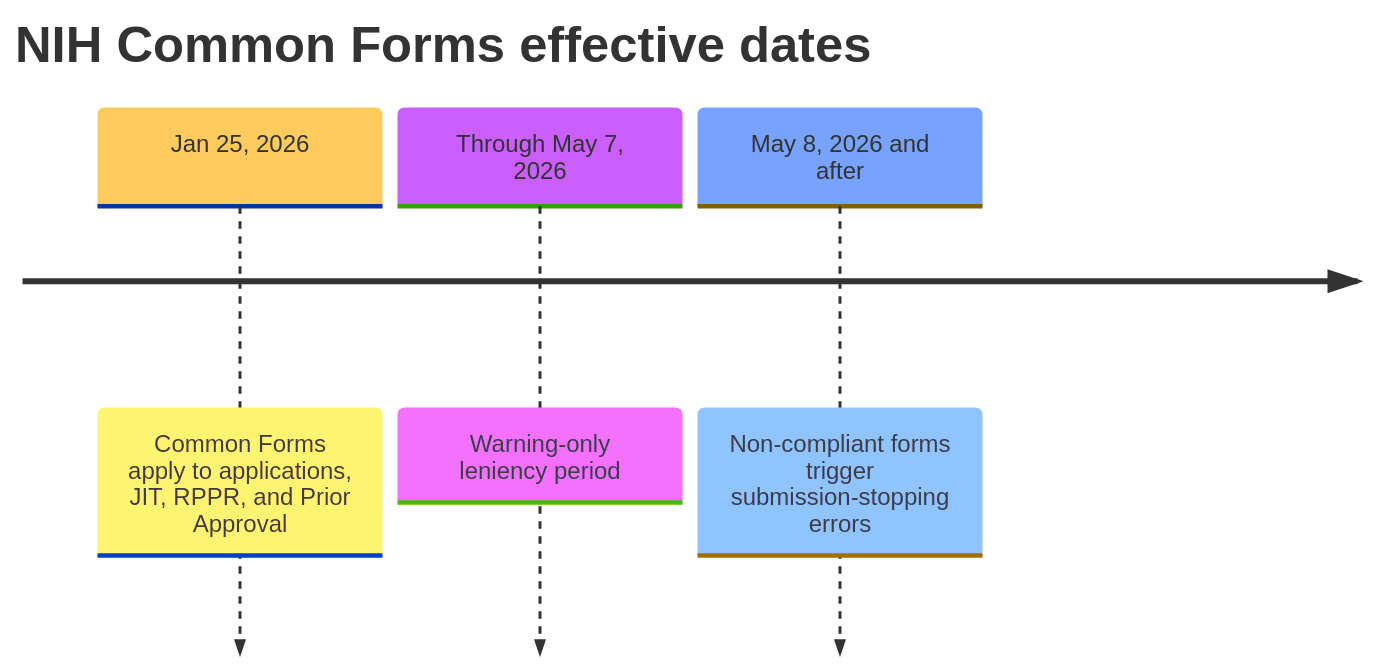
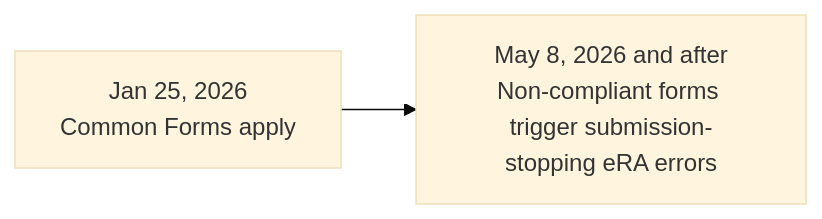
Before and after one commit to FritscheLab/nih-sciencv-playbook: the diagram in docs/policy/effective-dates.md, drawn with Mermaid (base theme). The commit also changed other lines of this file and 7 other files, not shown here.

Commit message:
Update documentation to reflect current NIH Common Forms enforcement status and streamline guidance; enhance clarity in various sections and remove outdated leniency period references.

````diff
--- a/docs/policy/effective-dates.md
+++ b/docs/policy/effective-dates.md
@@ -16,7 +16,6 @@
 ```mermaid
-timeline
-    title NIH Common Forms effective dates
-    Jan 25, 2026 : Common Forms apply to applications, JIT, RPPR, and Prior Approval
-    Through May 7, 2026 : Warning-only leniency period
-    May 8, 2026 and after : Non-compliant forms trigger submission-stopping errors
+flowchart LR
+    accTitle: NIH Common Forms effective date timeline
+    accDescr: A timeline showing the January 25, 2026 Common Forms start date and the May 8, 2026 active enforcement phase.
+    A["Jan 25, 2026<br/>Common Forms apply"] --> B["May 8, 2026 and after<br/>Non-compliant forms trigger submission-stopping eRA errors"]
 ```
````
